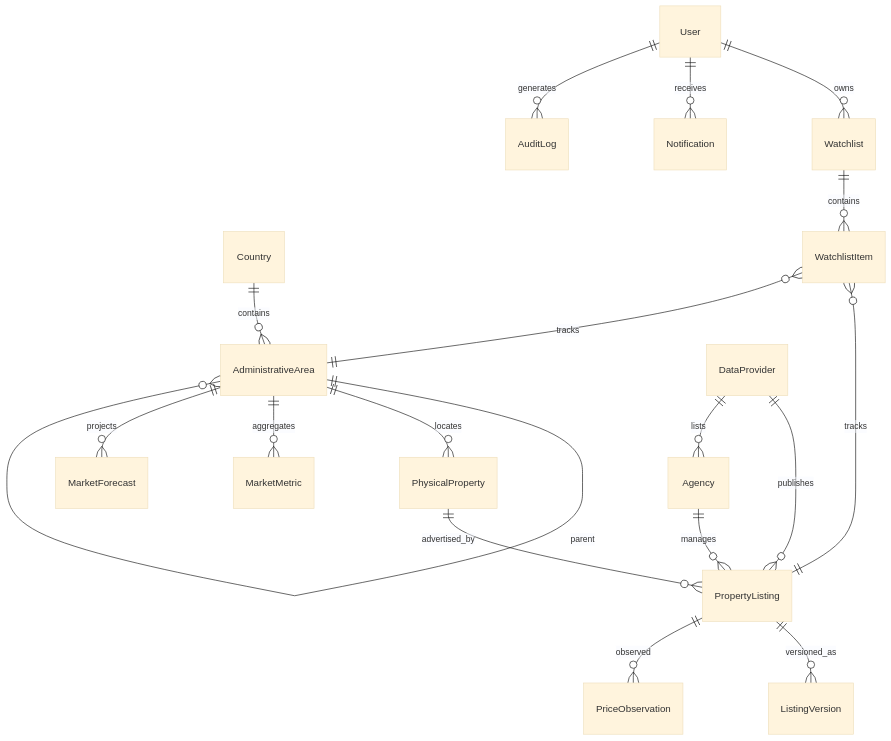
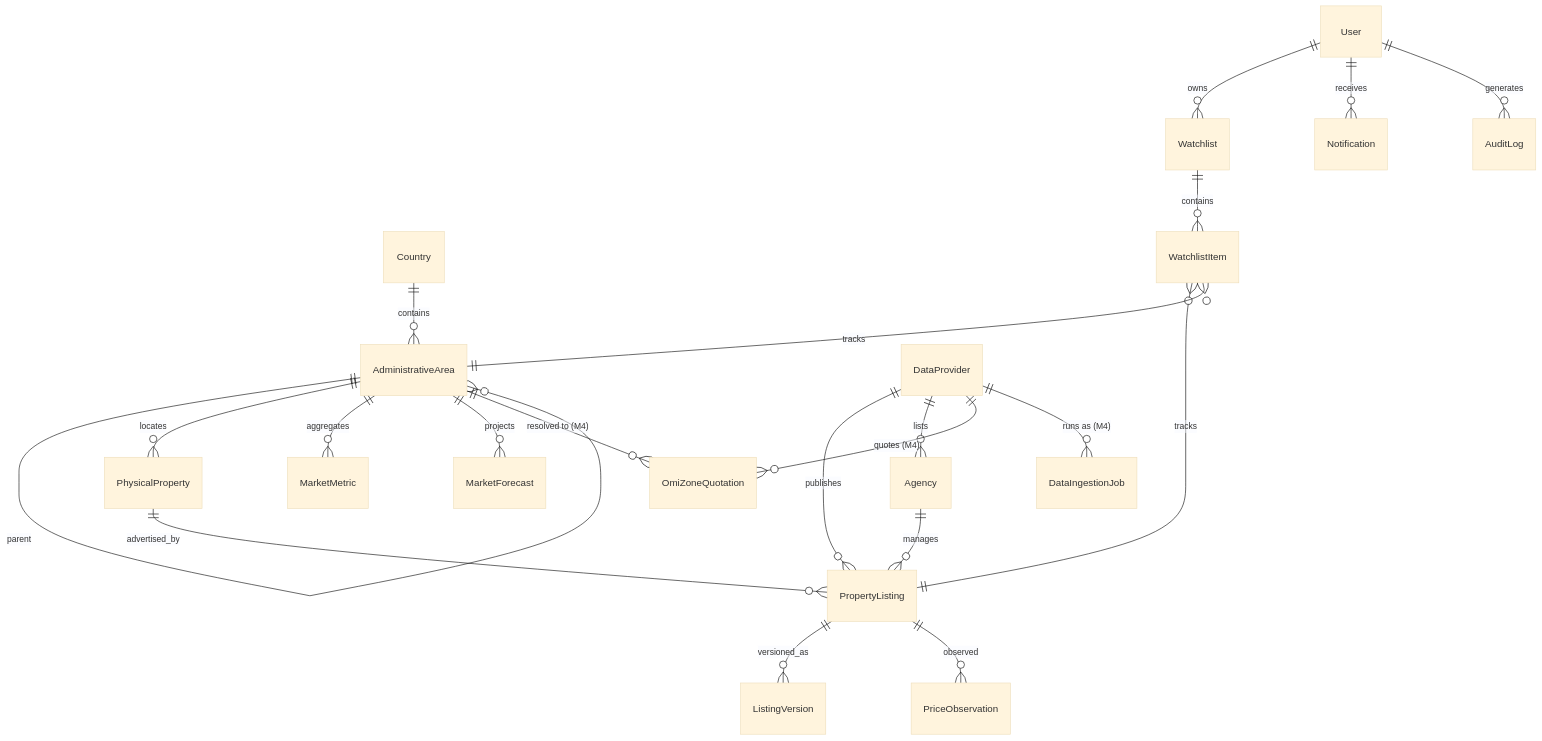
One commit to danialbiz000/projectV1 changed the diagram in remip/docs/DATA_MODEL.md. Above: the diagram before and after it, drawn with Mermaid (base theme). The commit also changed other lines of this file and 39 other files, not shown here.

````diff
--- a/remip/docs/DATA_MODEL.md
+++ b/remip/docs/DATA_MODEL.md
@@ -8,20 +8,23 @@
 ```mermaid
 erDiagram
     Country ||--o{ AdministrativeArea : contains
     AdministrativeArea ||--o{ AdministrativeArea : parent
     AdministrativeArea ||--o{ PhysicalProperty : locates
     AdministrativeArea ||--o{ MarketMetric : aggregates
     AdministrativeArea ||--o{ MarketForecast : projects
+    AdministrativeArea ||--o{ OmiZoneQuotation : "resolved to (M4)"
     DataProvider ||--o{ PropertyListing : publishes
     DataProvider ||--o{ Agency : lists
+    DataProvider ||--o{ OmiZoneQuotation : "quotes (M4)"
+    DataProvider ||--o{ DataIngestionJob : "runs as (M4)"
     Agency ||--o{ PropertyListing : manages
     PhysicalProperty ||--o{ PropertyListing : advertised_by
     PropertyListing ||--o{ ListingVersion : versioned_as
     PropertyListing ||--o{ PriceObservation : observed
     User ||--o{ Watchlist : owns
     Watchlist ||--o{ WatchlistItem : contains
     WatchlistItem }o--|| PropertyListing : tracks
     WatchlistItem }o--|| AdministrativeArea : tracks
     User ||--o{ Notification : receives
     User ||--o{ AuditLog : generates
 ```
````
